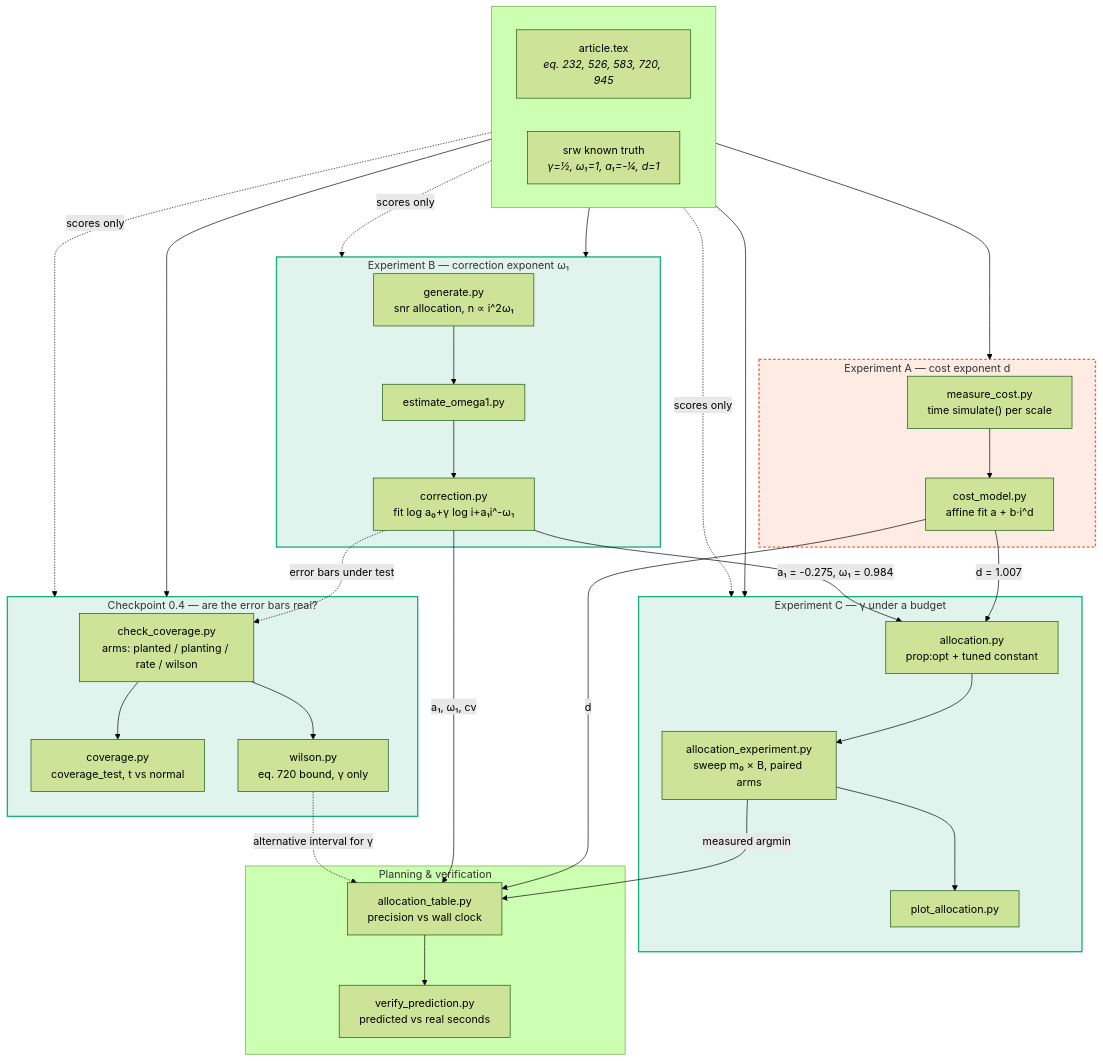
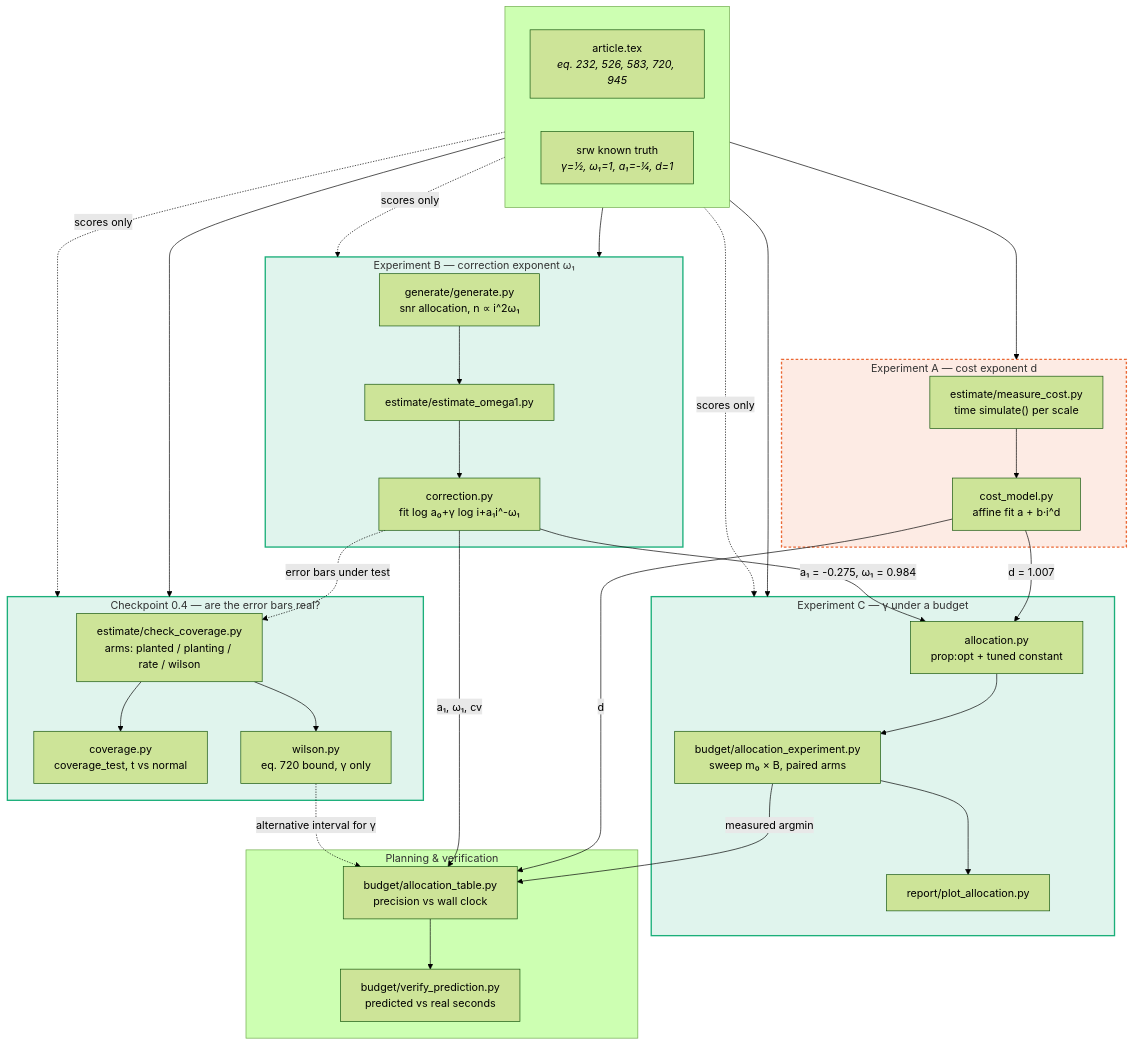
One commit to IgorSSBarbosa/loglog_validation changed the diagram in CATALOG.md. Above: the diagram before and after it, drawn with Mermaid (forest theme). The commit also changed other lines of this file and 27 other files, not shown here.

````diff
--- a/CATALOG.md
+++ b/CATALOG.md
@@ -16,58 +17,58 @@
 ```mermaid
 flowchart TB
     subgraph inputs[" "]
         direction LR
         ART["article.tex<br/><i>eq. 232, 526, 583, 720, 945</i>"]
         TRUTH["srw known truth<br/><i>γ=½, ω₁=1, a₁=-¼, d=1</i>"]
     end
 
     subgraph expA["Experiment A — cost exponent d"]
-        MC["measure_cost.py<br/>time simulate() per scale"]
+        MC["estimate/measure_cost.py<br/>time simulate() per scale"]
         CM["cost_model.py<br/>affine fit a + b·i^d"]
         MC --> CM
     end
 
     subgraph expB["Experiment B — correction exponent ω₁"]
-        GEN["generate.py<br/>snr allocation, n ∝ i^2ω₁"]
-        EO["estimate_omega1.py"]
+        GEN["generate/generate.py<br/>snr allocation, n ∝ i^2ω₁"]
+        EO["estimate/estimate_omega1.py"]
         CORR["correction.py<br/>fit log a₀+γ log i+a₁i^-ω₁"]
         GEN --> EO --> CORR
     end
 
     subgraph expC["Experiment C — γ under a budget"]
-        AE["allocation_experiment.py<br/>sweep m₀ × B, paired arms"]
+        AE["budget/allocation_experiment.py<br/>sweep m₀ × B, paired arms"]
         ALLOC["allocation.py<br/>prop:opt + tuned constant"]
-        PA["plot_allocation.py"]
+        PA["report/plot_allocation.py"]
         ALLOC --> AE --> PA
     end
 
     subgraph check["Checkpoint 0.4 — are the error bars real?"]
-        CC["check_coverage.py<br/>arms: planted / planting / rate / wilson"]
+        CC["estimate/check_coverage.py<br/>arms: planted / planting / rate / wilson"]
         COV["coverage.py<br/>coverage_test, t vs normal"]
         WIL["wilson.py<br/>eq. 720 bound, γ only"]
         CC --> COV
         CC --> WIL
     end
 
     subgraph plan["Planning & verification"]
-        AT["allocation_table.py<br/>precision vs wall clock"]
-        VP["verify_prediction.py<br/>predicted vs real seconds"]
+        AT["budget/allocation_table.py<br/>precision vs wall clock"]
+        VP["budget/verify_prediction.py<br/>predicted vs real seconds"]
     end
 
     ART --> expA & expB & expC & check
     TRUTH -.scores only.-> expB & expC & check
 
     CM -- "d = 1.007" --> ALLOC
     CM -- d --> AT
     CORR -- "a₁ = -0.275, ω₁ = 0.984" --> ALLOC
     CORR -- a₁, ω₁, cv --> AT
     AE -- measured argmin --> AT
     AT --> VP
     CORR -.error bars under test.-> CC
     WIL -.alternative interval for γ.-> AT
 
     classDef done fill:#1baf7a22,stroke:#1baf7a,stroke-width:2px
     classDef todo fill:#eb683422,stroke:#eb6834,stroke-width:2px,stroke-dasharray:4 3
     class expB,expC,check done
     class expA todo
 ```
````
